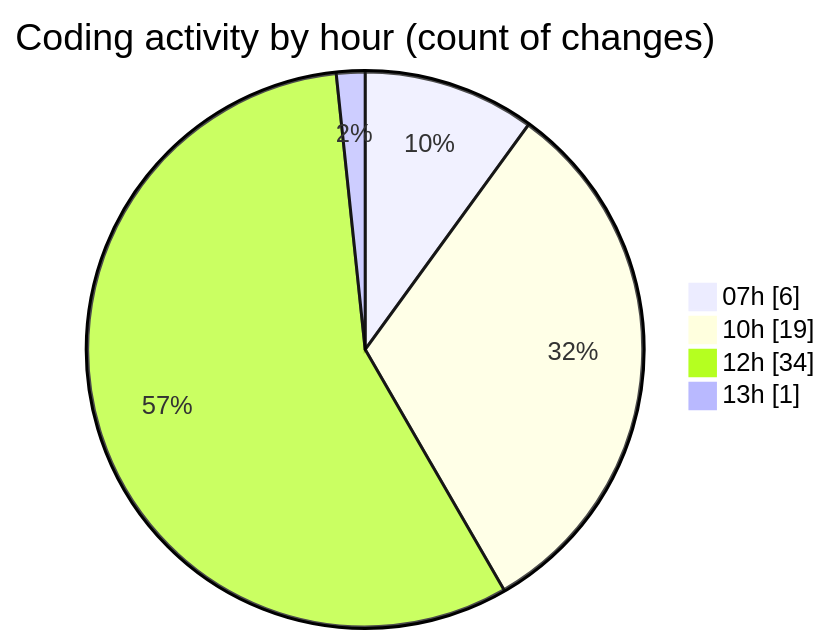
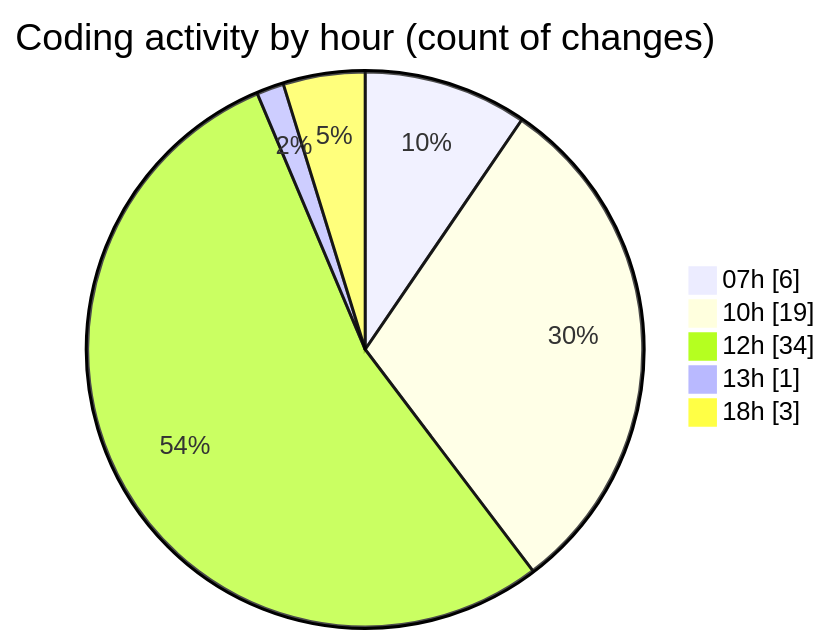
The second of 2 diagrams in 2025-08-14/rentotp/README.md (lephambinh05/code-tracking), drawn with Mermaid before and after one commit. The commit also changed other lines of this file and 1 other file, not shown here.

````diff
--- a/2025-08-14/rentotp/README.md
+++ b/2025-08-14/rentotp/README.md
@@ -34,8 +34,9 @@
 ```mermaid
 pie showData
 title Coding activity by hour (count of changes)
 "07h" : 6
 "10h" : 19
 "12h" : 34
 "13h" : 1
+"18h" : 3
 ```
````
